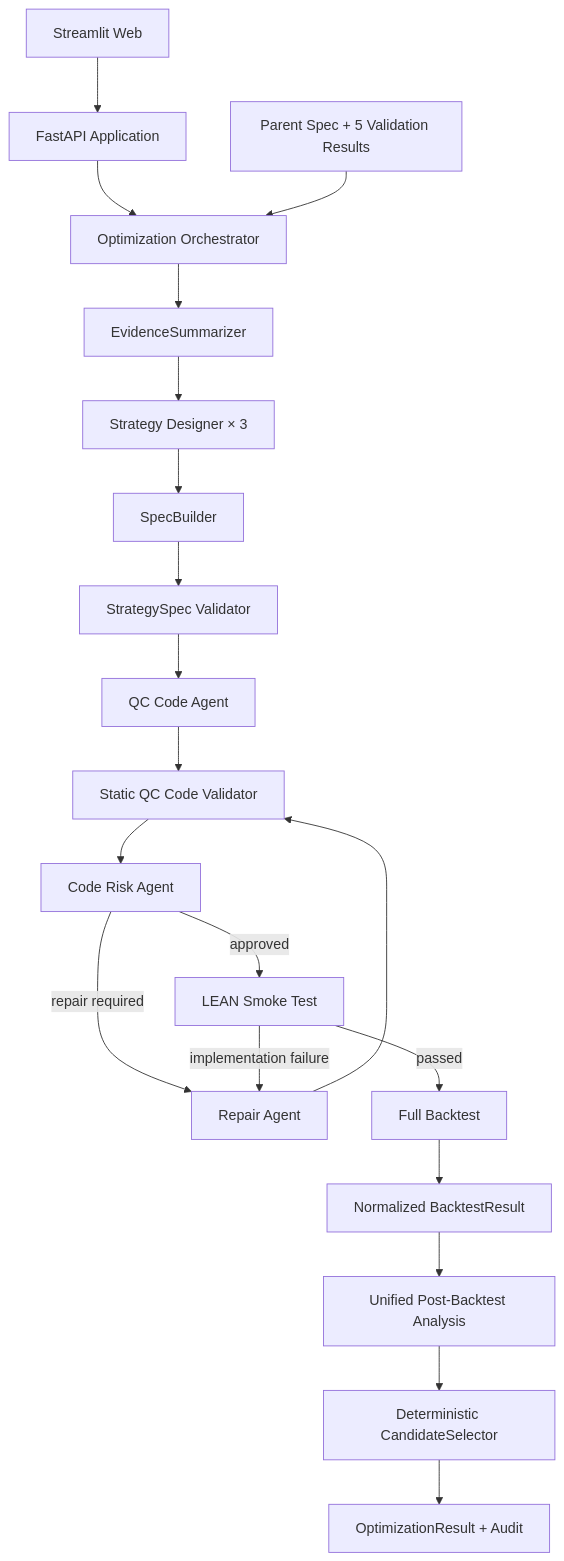
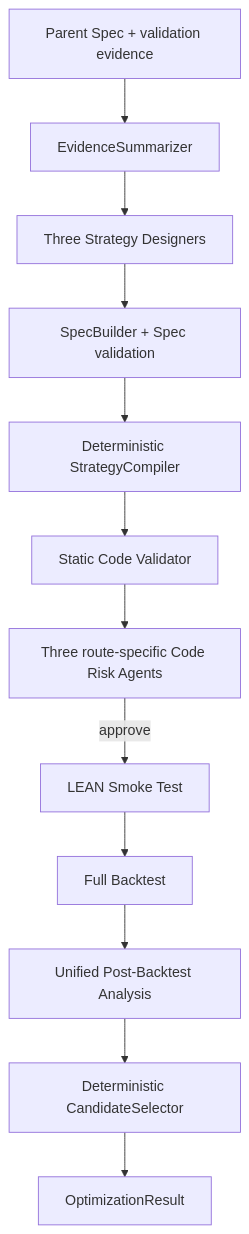
Before and after one commit to FrankForest1003/AlphaForge: the diagram in docs/architecture/SYSTEM_ARCHITECTURE.md, drawn with Mermaid. The commit also changed other lines of this file and 81 other files, not shown here.

Commit message:
Refactor agents around deterministic strategy compilation

````diff
--- a/docs/architecture/SYSTEM_ARCHITECTURE.md
+++ b/docs/architecture/SYSTEM_ARCHITECTURE.md
@@ -5,22 +3,14 @@
 ```mermaid
 flowchart TD
-  WEB["Streamlit Web"] --> API["FastAPI Application"]
-  API --> ORCH["Optimization Orchestrator"]
-  INPUT["Parent Spec + 5 Validation Results"] --> ORCH
-  ORCH --> SUMMARY["EvidenceSummarizer"]
-  SUMMARY --> DESIGN["Strategy Designer × 3"]
-  DESIGN --> BUILD["SpecBuilder"]
-  BUILD --> SPECVAL["StrategySpec Validator"]
-  SPECVAL --> CODE["QC Code Agent"]
-  CODE --> STATIC["Static QC Code Validator"]
-  STATIC --> RISK["Code Risk Agent"]
-  RISK -->|"repair required"| REPAIR["Repair Agent"]
-  REPAIR --> STATIC
-  RISK -->|"approved"| SMOKE["LEAN Smoke Test"]
-  SMOKE -->|"implementation failure"| REPAIR
-  SMOKE -->|"passed"| FULL["Full Backtest"]
-  FULL --> NORMAL["Normalized BacktestResult"]
-  NORMAL --> ANALYSIS["Unified Post-Backtest Analysis"]
+  INPUT["Parent Spec + validation evidence"] --> SUMMARY["EvidenceSummarizer"]
+  SUMMARY --> DESIGN["Three Strategy Designers"]
+  DESIGN --> SPEC["SpecBuilder + Spec validation"]
+  SPEC --> COMPILE["Deterministic StrategyCompiler"]
+  COMPILE --> STATIC["Static Code Validator"]
+  STATIC --> RISK["Three route-specific Code Risk Agents"]
+  RISK -->|approve| SMOKE["LEAN Smoke Test"]
+  SMOKE --> FULL["Full Backtest"]
+  FULL --> ANALYSIS["Unified Post-Backtest Analysis"]
   ANALYSIS --> SELECT["Deterministic CandidateSelector"]
-  SELECT --> RESULT["OptimizationResult + Audit"]
+  SELECT --> RESULT["OptimizationResult"]
 ```
````
